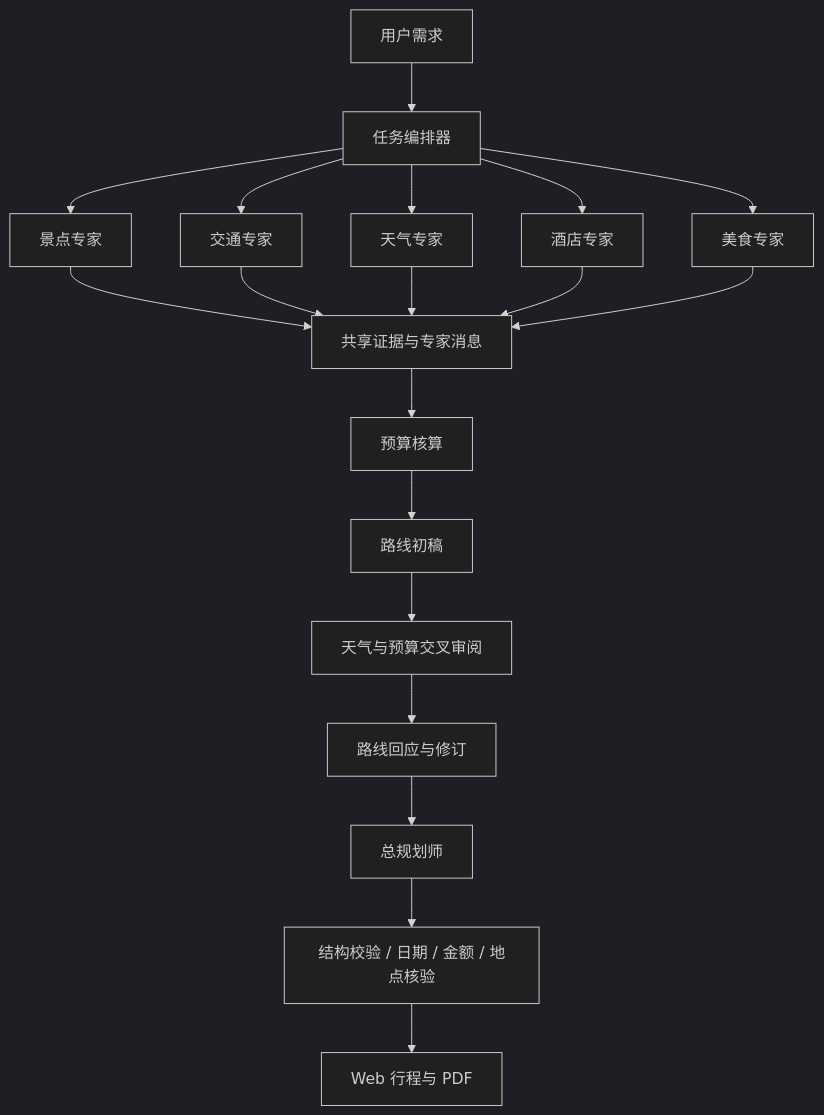
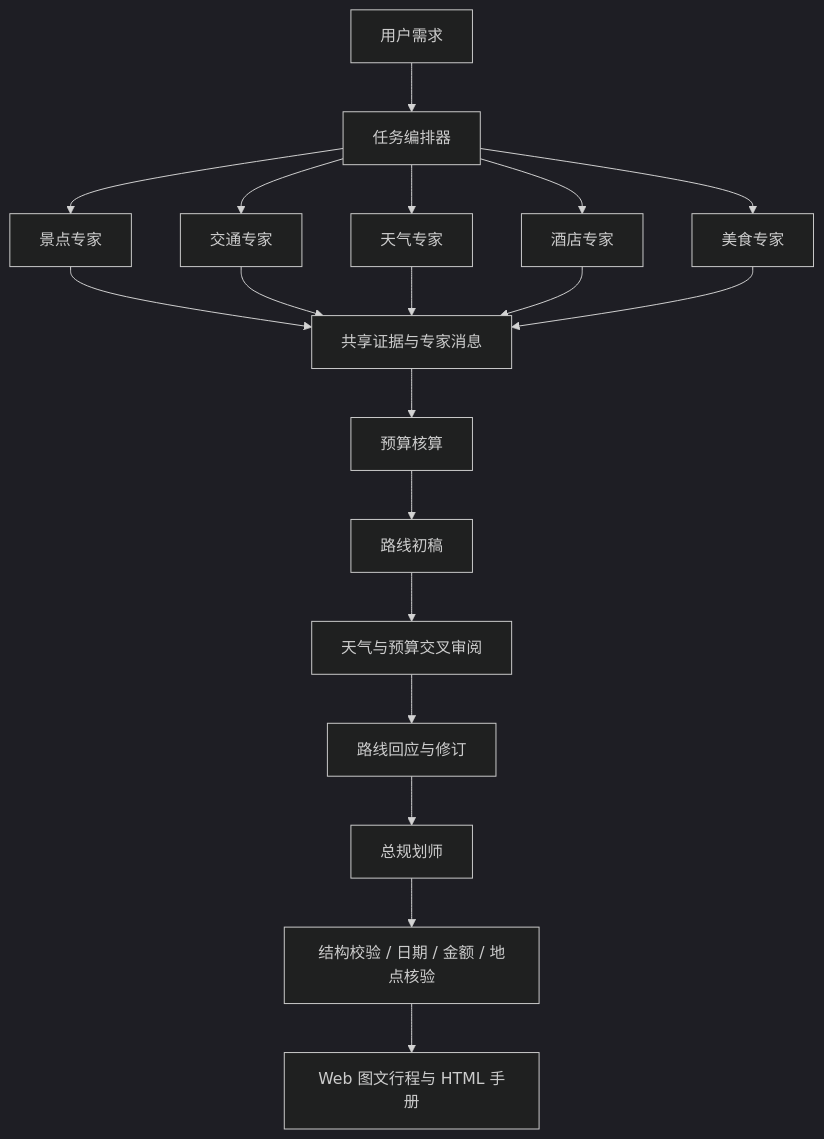
The diagram in README.md (XiaoyeCodes/roam-travel-agent), drawn with Mermaid (dark theme) before and after one commit. The commit also changed other lines of this file and 18 other files, not shown here.

````diff
--- a/README.md
+++ b/README.md
@@ -109,17 +116,17 @@
 ```mermaid
 flowchart TD
   U[用户需求] --> S[任务编排器]
   S --> A[景点专家]
   S --> T[交通专家]
   S --> W[天气专家]
   S --> H[酒店专家]
   S --> F[美食专家]
   A & T & W & H & F --> E[共享证据与专家消息]
   E --> B[预算核算]
   B --> R[路线初稿]
   R --> Q[天气与预算交叉审阅]
   Q --> R2[路线回应与修订]
   R2 --> P[总规划师]
   P --> V[结构校验 / 日期 / 金额 / 地点核验]
-  V --> UI[Web 行程与 PDF]
+  V --> UI[Web 图文行程与 HTML 手册]
 ```
````
